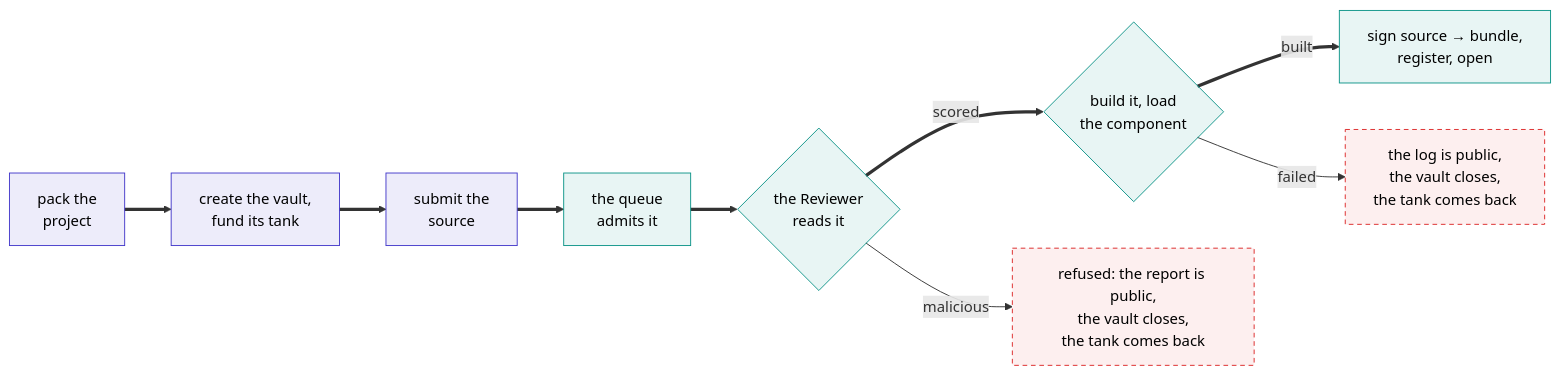
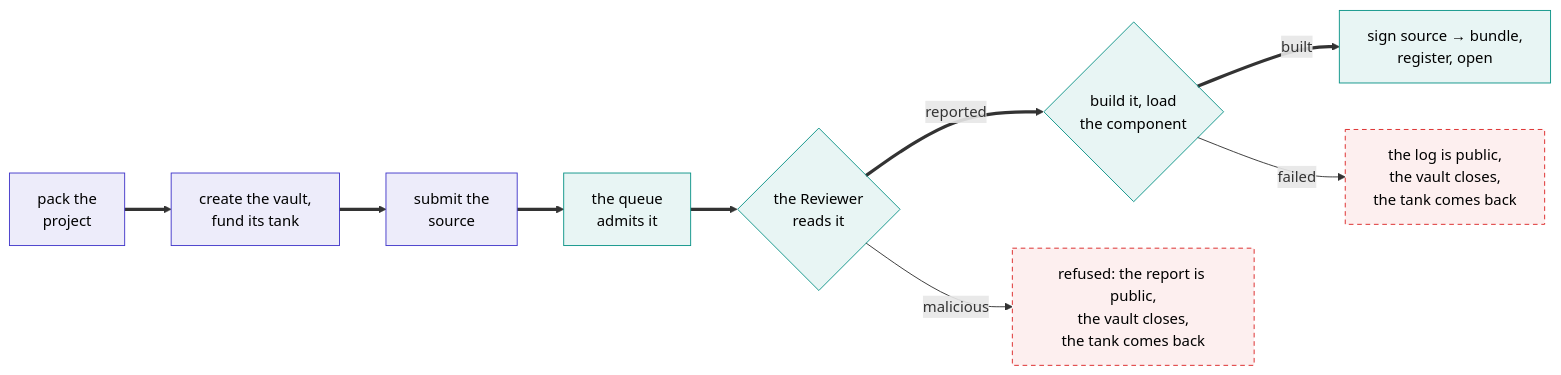
The diagram in docs/content/how-it-works/publishing.md (ShoninFi/shonin-platform), drawn with Mermaid before and after one commit. The commit also changed other lines of this file and 18 other files, not shown here.

````diff
--- a/docs/content/how-it-works/publishing.md
+++ b/docs/content/how-it-works/publishing.md
@@ -5,18 +5,18 @@
 ```mermaid
 flowchart LR
     A["pack the<br/>project"] ==> B["create the vault,<br/>fund its tank"]
     B ==> C["submit the<br/>source"]
     C ==> D["the queue<br/>admits it"]
     D ==> H{"the Reviewer<br/>reads it"}
-    H ==>|scored| E{"build it, load<br/>the component"}
+    H ==>|reported| E{"build it, load<br/>the component"}
     H -->|malicious| R["refused: the report is public,<br/>the vault closes,<br/>the tank comes back"]
     E ==>|built| F["sign source → bundle,<br/>register, open"]
     E -->|failed| G["the log is public,<br/>the vault closes,<br/>the tank comes back"]
 
     classDef you fill:#4338ca18,stroke:#4338ca,color:inherit
     classDef us fill:#0d948818,stroke:#0d9488,color:inherit
     classDef bad fill:#dc262612,stroke:#dc2626,color:inherit,stroke-dasharray:5 4
     class A,B,C you
     class D,E,F,H us
     class G,R bad
 ```
````
